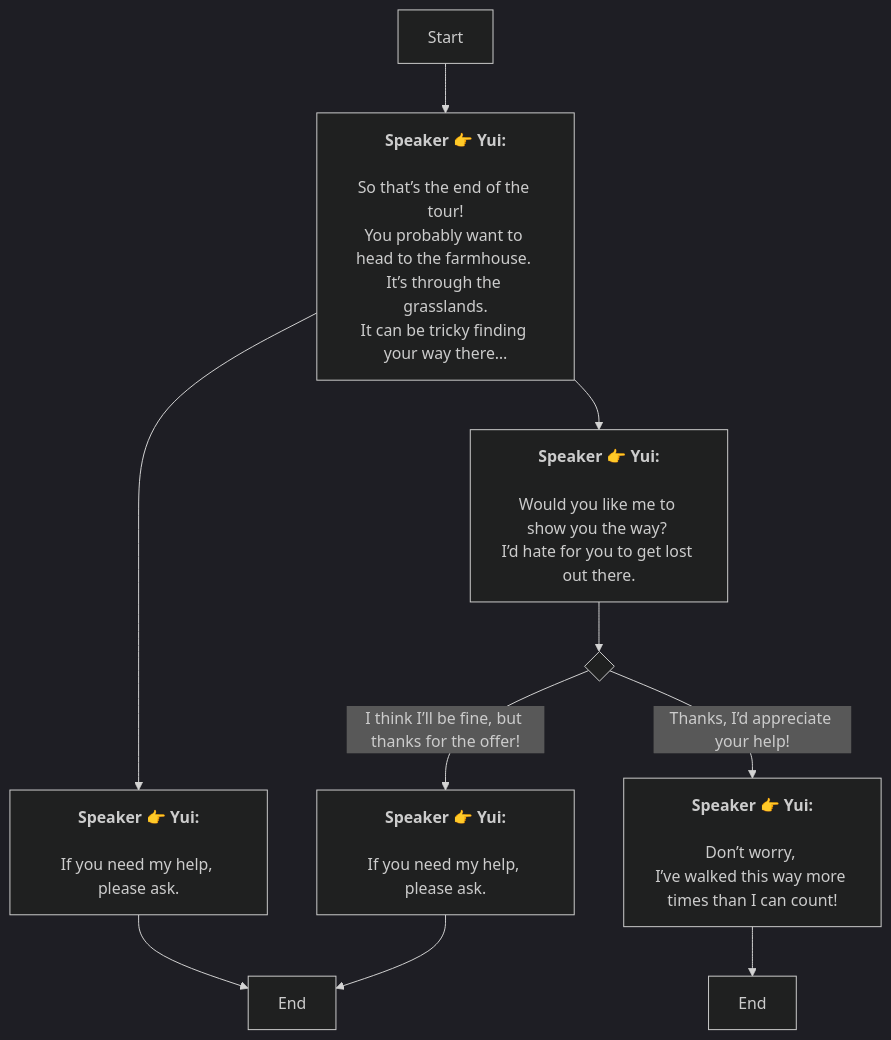
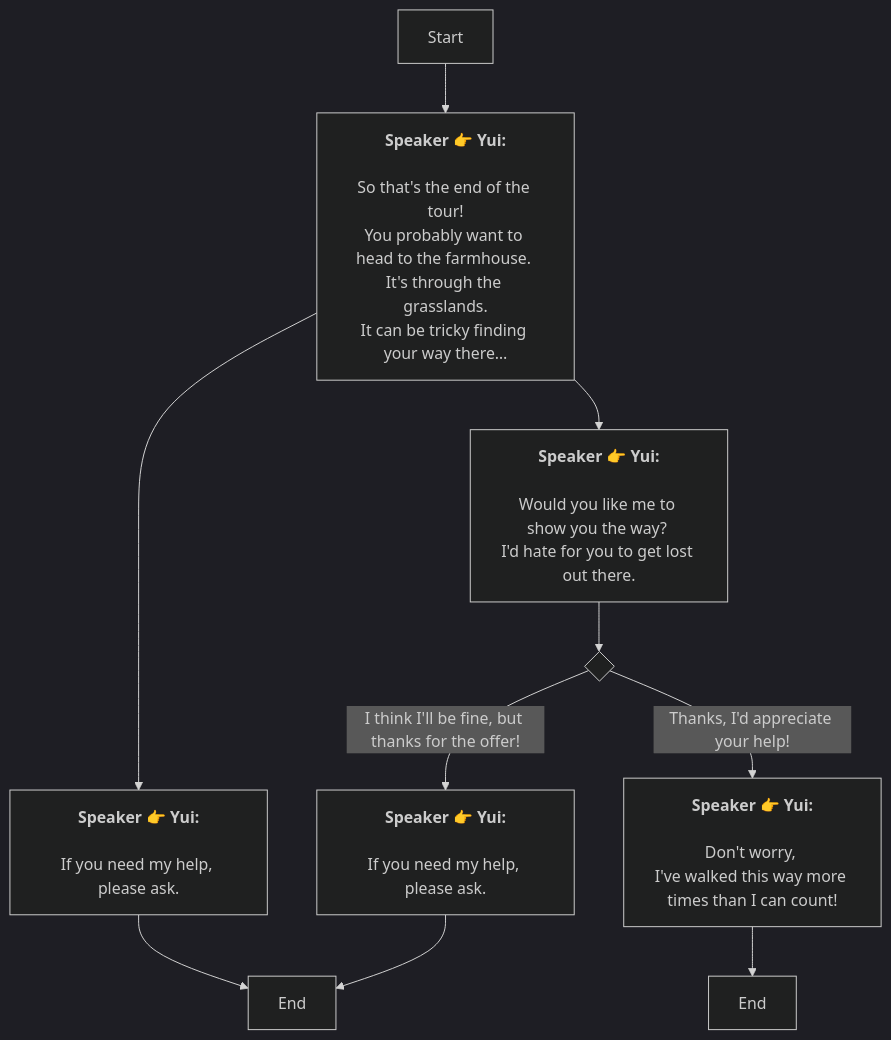
The diagram in En/QuestTalkObjectiveNode_1769053514232872.md (SoftHu/tos_avg), drawn with Mermaid (dark theme) before and after one commit. The commit also changed 312 other files, not shown here.

````diff
--- a/En/QuestTalkObjectiveNode_1769053514232872.md
+++ b/En/QuestTalkObjectiveNode_1769053514232872.md
@@ -1,27 +1,27 @@
 ```mermaid
 graph
 Start -->1769053689356331[<b>Speaker 👉 Yui:</b>
 
-So that’s the end of the tour!
-You probably want to head to the farmhouse. It’s through the grasslands.
+So that's the end of the tour!
+You probably want to head to the farmhouse. It's through the grasslands.
 It can be tricky finding your way there…]
 1769053689356331 -->1769053814405170[<b>Speaker 👉 Yui:</b>
 
 If you need my help, please ask.]
 1769053689356331 -->1769053856549939[<b>Speaker 👉 Yui:</b>
 
 Would you like me to show you the way? 
-I’d hate for you to get lost out there.]
+I'd hate for you to get lost out there.]
 1769053814405170 -->1769053908926523[End]
 1769053856549939 -->1769053870507064{ }
-1769053870507064 -->|Thanks, I’d appreciate your help!|1769053886069817[<b>Speaker 👉 Yui:</b>
+1769053870507064 -->|Thanks, I'd appreciate your help!|1769053886069817[<b>Speaker 👉 Yui:</b>
 
-Don’t worry, 
-I’ve walked this way more times than I can count!]
-1769053870507064 -->|I think I’ll be fine, but thanks for the offer!|1769053889369146[<b>Speaker 👉 Yui:</b>
+Don't worry, 
+I've walked this way more times than I can count!]
+1769053870507064 -->|I think I'll be fine, but thanks for the offer!|1769053889369146[<b>Speaker 👉 Yui:</b>
 
 If you need my help, please ask.]
 1769053886069817 -->1769053918352444[End]
 1769053889369146 -->1769053908926523[End]
 
  ```
````
